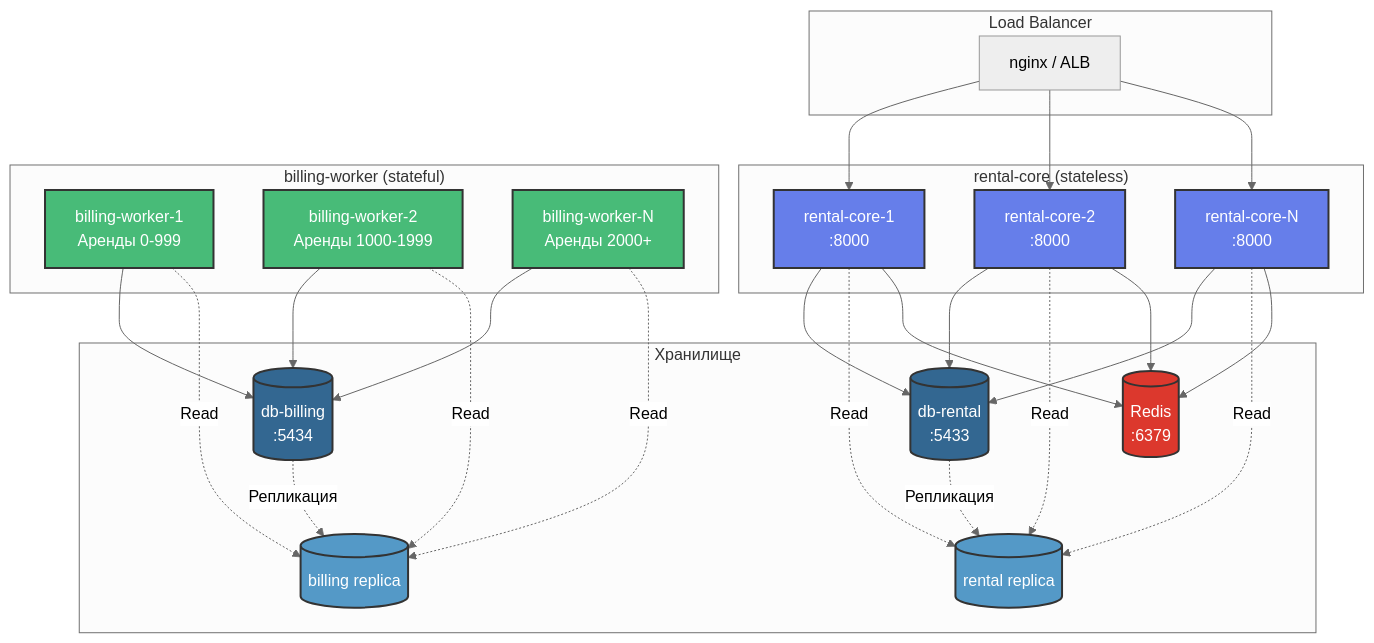
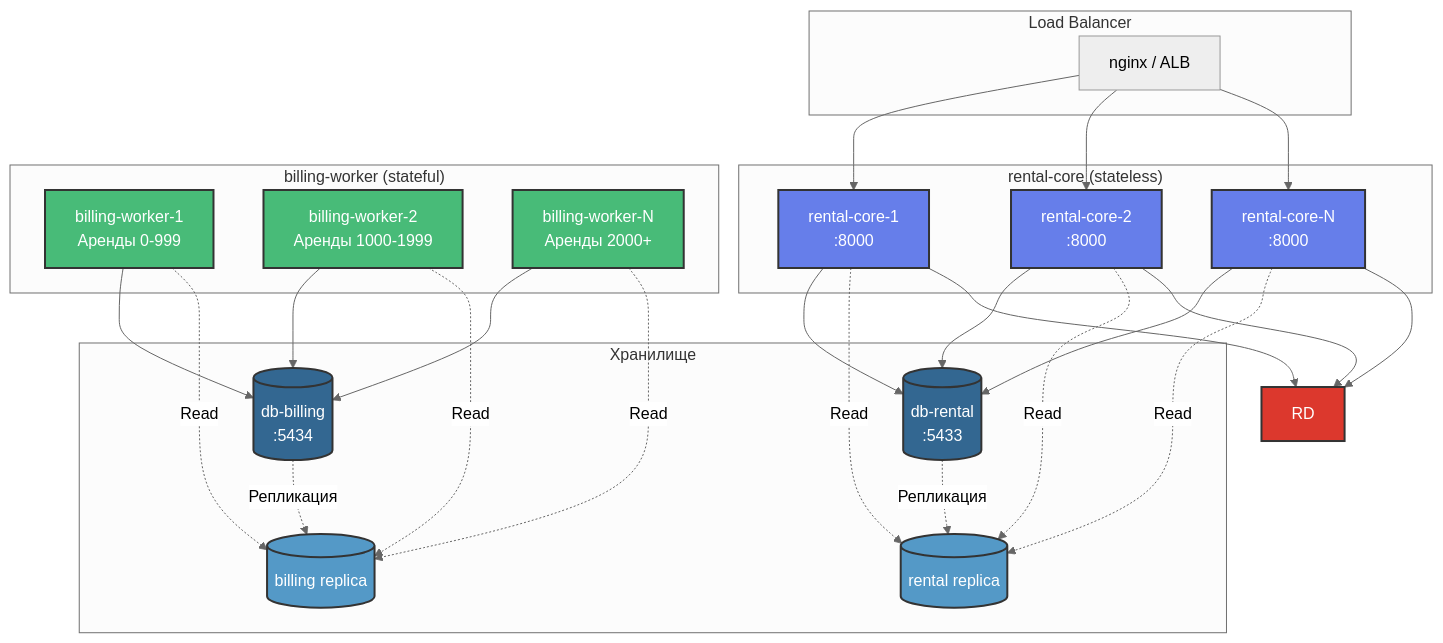
The diagram in diagrams/06-scalability.md (AlexanderExp/SysDesign-HW-1), drawn with Mermaid (neutral theme) before and after one commit. The commit also changed other lines of this file and 30 other files, not shown here.

````diff
--- a/diagrams/06-scalability.md
+++ b/diagrams/06-scalability.md
@@ -13,65 +13,64 @@
 ```mermaid
 graph TB
     subgraph "Load Balancer"
         LB[nginx / ALB]
     end
     
     subgraph "rental-core (stateless)"
         RC1[rental-core-1<br/>:8000]
         RC2[rental-core-2<br/>:8000]
         RC3[rental-core-N<br/>:8000]
     end
     
     subgraph "billing-worker (stateful)"
         BW1[billing-worker-1<br/>Аренды 0-999]
         BW2[billing-worker-2<br/>Аренды 1000-1999]
         BW3[billing-worker-N<br/>Аренды 2000+]
     end
     
     subgraph "Хранилище"
         PGR[(db-rental<br/>:5433)]
         PGB[(db-billing<br/>:5434)]
         PGRR[(rental replica)]
         PGBR[(billing replica)]
-        RD[(Redis<br/>:6379)]
     end
     
     LB --> RC1
     LB --> RC2
     LB --> RC3
     
     RC1 --> PGR
     RC2 --> PGR
     RC3 --> PGR
     
     RC1 -.->|Read| PGRR
     RC2 -.->|Read| PGRR
     RC3 -.->|Read| PGRR
     
     RC1 --> RD
     RC2 --> RD
     RC3 --> RD
     
     BW1 --> PGB
     BW2 --> PGB
     BW3 --> PGB
     
     BW1 -.->|Read| PGBR
     BW2 -.->|Read| PGBR
     BW3 -.->|Read| PGBR
     
     PGR -.->|Репликация| PGRR
     PGB -.->|Репликация| PGBR
     
     style RC1 fill:#667eea,stroke:#333,stroke-width:2px,color:#fff
     style RC2 fill:#667eea,stroke:#333,stroke-width:2px,color:#fff
     style RC3 fill:#667eea,stroke:#333,stroke-width:2px,color:#fff
     style BW1 fill:#48bb78,stroke:#333,stroke-width:2px,color:#fff
     style BW2 fill:#48bb78,stroke:#333,stroke-width:2px,color:#fff
     style BW3 fill:#48bb78,stroke:#333,stroke-width:2px,color:#fff
     style PGR fill:#336791,stroke:#333,stroke-width:2px,color:#fff
     style PGB fill:#336791,stroke:#333,stroke-width:2px,color:#fff
     style PGRR fill:#5499c7,stroke:#333,stroke-width:2px,color:#fff
     style PGBR fill:#5499c7,stroke:#333,stroke-width:2px,color:#fff
     style RD fill:#dc382d,stroke:#333,stroke-width:2px,color:#fff
 ```
````
